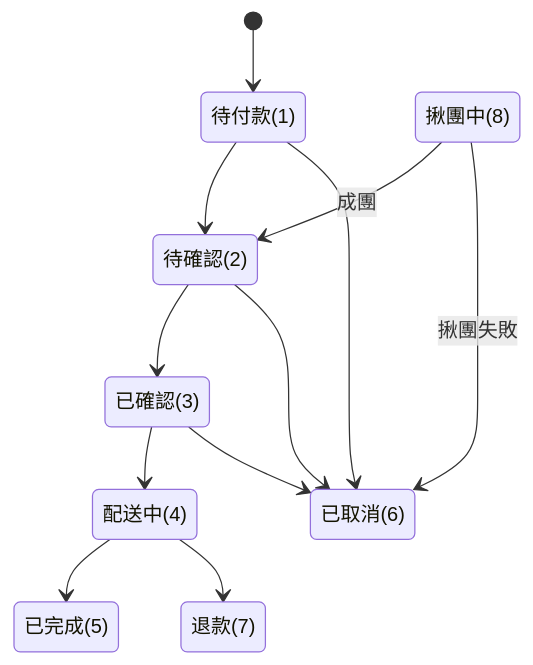
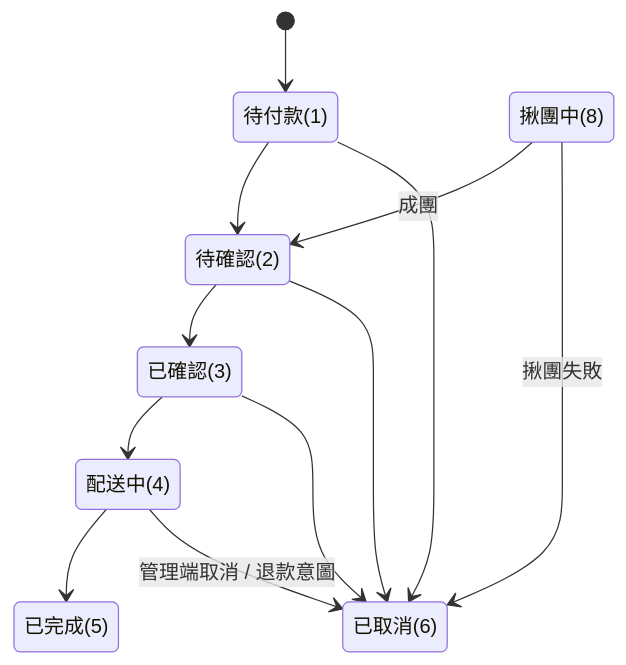
Before and after one commit to kevinlin000/local-fresh-platform: the ninth of 10 diagrams in docs/architecture.md, drawn with Mermaid. The commit also changed other lines of this file and 9 other files, not shown here.

````diff
--- a/docs/architecture.md
+++ b/docs/architecture.md
@@ -594,25 +594,24 @@
 ```mermaid
 stateDiagram-v2
     [*] --> 待付款
     待付款 --> 待確認
     待確認 --> 已確認
     已確認 --> 配送中
     配送中 --> 已完成
 
     待付款 --> 已取消
     待確認 --> 已取消
     已確認 --> 已取消
-    配送中 --> 退款
+    配送中 --> 已取消: 管理端取消 / 退款意圖
 
     揪團中 --> 待確認: 成團
     揪團中 --> 已取消: 揪團失敗
 
     state "待付款(1)" as 待付款
     state "待確認(2)" as 待確認
     state "已確認(3)" as 已確認
     state "配送中(4)" as 配送中
     state "已完成(5)" as 已完成
     state "已取消(6)" as 已取消
-    state "退款(7)" as 退款
     state "揪團中(8)" as 揪團中
 ```
````
